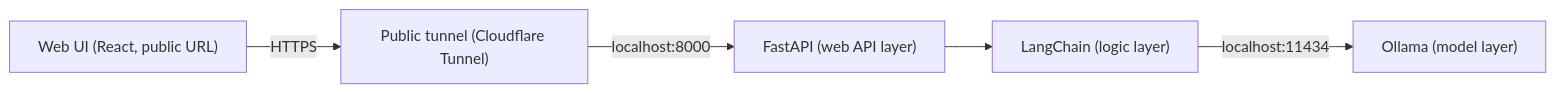
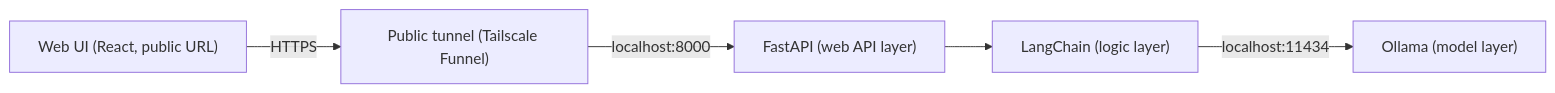
One commit to AditFadhillah/Local-AI-Model-Chibot- changed the diagram in PLAN.md. Above: the diagram before and after it, drawn with Mermaid. The commit also changed other lines of this file and 5 other files, not shown here.

````diff
--- a/PLAN.md
+++ b/PLAN.md
@@ -7,7 +7,7 @@
 ```mermaid
 flowchart LR
-    Browser["Web UI (React, public URL)"] -->|HTTPS| Tunnel["Public tunnel (Cloudflare Tunnel)"]
+    Browser["Web UI (React, public URL)"] -->|HTTPS| Tunnel["Public tunnel (Tailscale Funnel)"]
     Tunnel -->|localhost:8000| API["FastAPI (web API layer)"]
     API --> Chain["LangChain (logic layer)"]
     Chain -->|localhost:11434| Ollama["Ollama (model layer)"]
 ```
````
